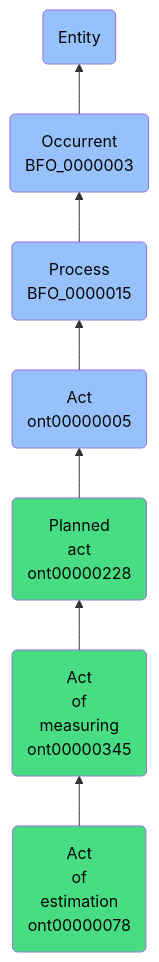
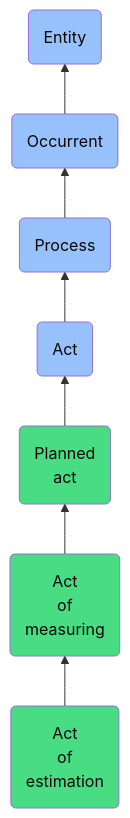
Before and after one commit to jupyter-naas/abi: the diagram in docs/ontology/reference/model/Entity/Occurrent/Process/Act/Planned act/Act of measuring/Act of estimation/Act of estimation.md, drawn with Mermaid. The commit also changed other lines of this file and 1430 other files, not shown here.

````diff
--- a/docs/ontology/reference/model/Entity/Occurrent/Process/Act/Planned act/Act of measuring/Act of estimation/Act of estimation.md
+++ b/docs/ontology/reference/model/Entity/Occurrent/Process/Act/Planned act/Act of measuring/Act of estimation/Act of estimation.md
@@ -27,14 +27,14 @@
 ```mermaid
 graph BT
-    ont00000078(Act<br>of<br>estimation<br>ont00000078):::ABI-->ont00000345
-    ont00000345(Act<br>of<br>measuring<br>ont00000345):::ABI-->ont00000228
-    ont00000228(Planned<br>act<br>ont00000228):::ABI-->ont00000005
-    ont00000005(Act<br>ont00000005):::BFO-->BFO_0000015
-    BFO_0000015(Process<br>BFO_0000015):::BFO-->BFO_0000003
-    BFO_0000003(Occurrent<br>BFO_0000003):::BFO-->BFO_0000001
+    ont00000078(Act<br>of<br>estimation):::ABI-->ont00000345
+    ont00000345(Act<br>of<br>measuring):::ABI-->ont00000228
+    ont00000228(Planned<br>act):::ABI-->ont00000005
+    ont00000005(Act):::BFO-->BFO_0000015
+    BFO_0000015(Process):::BFO-->BFO_0000003
+    BFO_0000003(Occurrent):::BFO-->BFO_0000001
     BFO_0000001(Entity):::BFO
     
     classDef BFO fill:#97c1fb,color:#060606
     classDef CCO fill:#e4c51e,color:#060606
     classDef ABI fill:#48DD82,color:#060606
 ```
````
